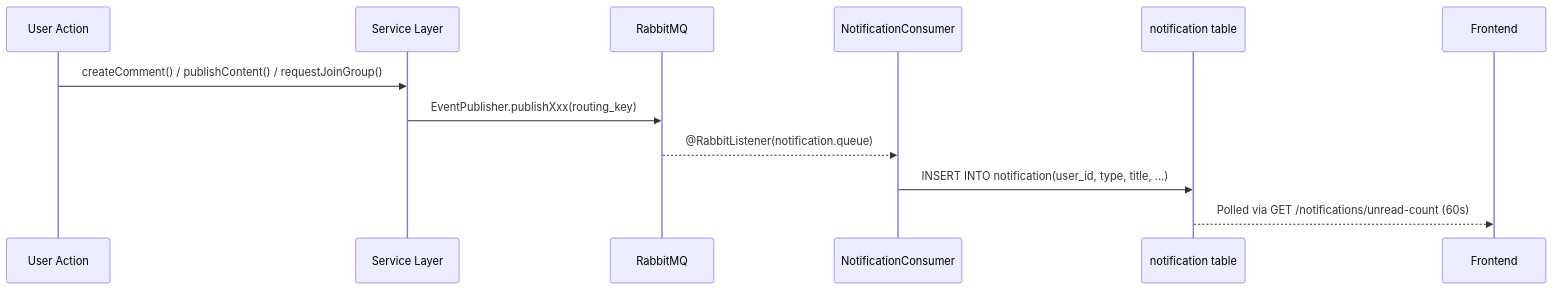
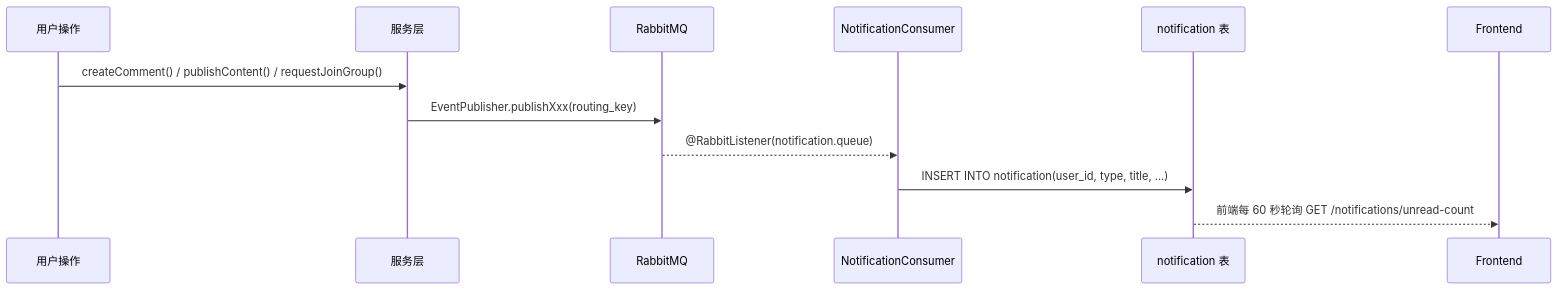
One commit to JiongJiongP/knowledge-share changed the fifth of 12 diagrams in docs/design/architecture-and-design.md. Above: the diagram before and after it, drawn with Mermaid. The commit also changed other lines of this file, not shown here.

Commit message:
docs: translate architecture design document to Chinese

````diff
--- a/docs/design/architecture-and-design.md
+++ b/docs/design/architecture-and-design.md
@@ -240,14 +240,14 @@
 ```mermaid
 sequenceDiagram
-    participant User as User Action
-    participant Svc as Service Layer
+    participant User as 用户操作
+    participant Svc as 服务层
     participant MQ as RabbitMQ
     participant Consumer as NotificationConsumer
-    participant DB as notification table
+    participant DB as notification 表
 
     User->>Svc: createComment() / publishContent() / requestJoinGroup()
     Svc->>MQ: EventPublisher.publishXxx(routing_key)
     MQ-->>Consumer: @RabbitListener(notification.queue)
     Consumer->>DB: INSERT INTO notification(user_id, type, title, ...)
-    DB-->>Frontend: Polled via GET /notifications/unread-count (60s)
+    DB-->>Frontend: 前端每 60 秒轮询 GET /notifications/unread-count
 ```
````
